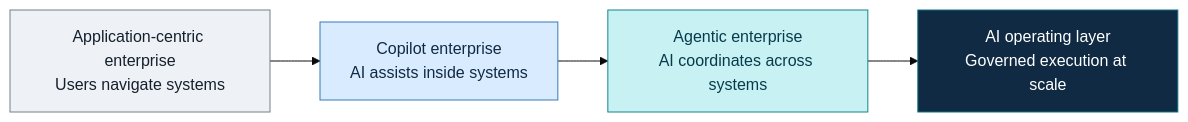
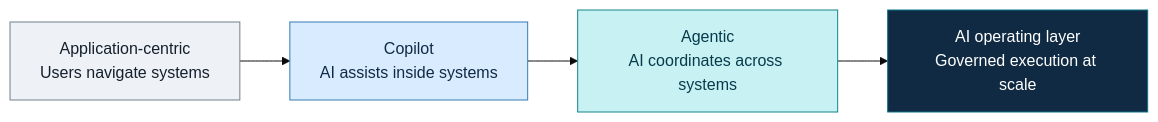
Before and after one commit to SawabS/temp: the first of 4 diagrams in jpmorgan_enterprise_ai_cto_brief.md, drawn with Mermaid (base theme). The commit also changed other lines of this file, not shown here.

````diff
--- a/jpmorgan_enterprise_ai_cto_brief.md
+++ b/jpmorgan_enterprise_ai_cto_brief.md
@@ -35,11 +35,11 @@
 ```mermaid
 flowchart LR
-    A["Application-centric enterprise<br/>Users navigate systems"] --> B["Copilot enterprise<br/>AI assists inside systems"]
-    B --> C["Agentic enterprise<br/>AI coordinates across systems"]
+    A["Application-centric<br/>Users navigate systems"] --> B["Copilot<br/>AI assists inside systems"]
+    B --> C["Agentic<br/>AI coordinates across systems"]
     C --> D["AI operating layer<br/>Governed execution at scale"]
 
     style A fill:#eef2f7,stroke:#73808c,color:#15202b
     style B fill:#d9ecff,stroke:#367bb5,color:#102a43
     style C fill:#c8f1f3,stroke:#16838c,color:#073b4c
     style D fill:#102a43,stroke:#0b7285,color:#ffffff
 ```
````
